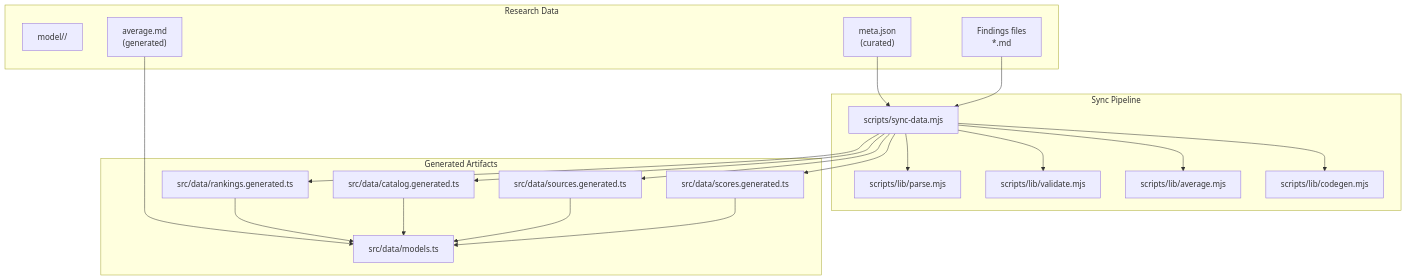
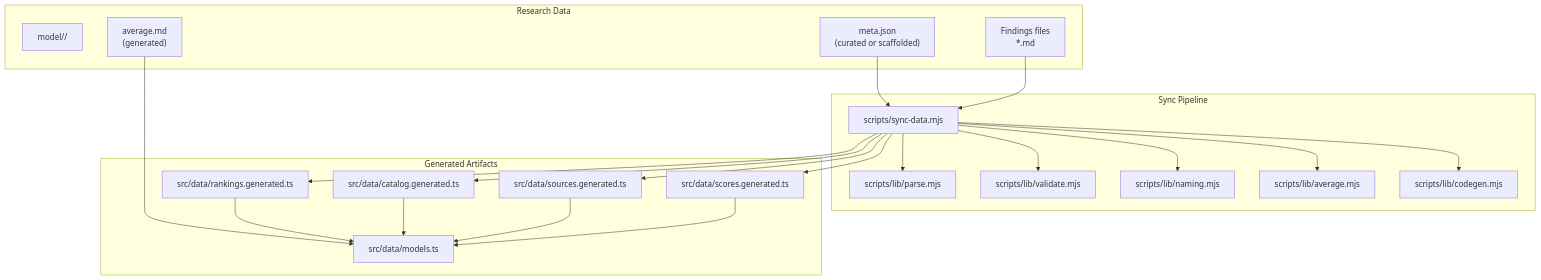
The first of 17 diagrams in .qoder/repowiki/en/content/Data Management System/Data Management System.md (delirium-dj/modelcomp), drawn with Mermaid before and after one commit. The commit also changed other lines of this file and 141 other files, not shown here.

````diff
--- a/.qoder/repowiki/en/content/Data Management System/Data Management System.md
+++ b/.qoder/repowiki/en/content/Data Management System/Data Management System.md
@@ -70,38 +71,40 @@
 ```mermaid
 graph TB
 subgraph "Research Data"
 M["model/<slug>/"]
 F["Findings files<br/>*.md"]
 A["average.md<br/>(generated)"]
-J["meta.json<br/>(curated)"]
+J["meta.json<br/>(curated or scaffolded)"]
 end
 subgraph "Sync Pipeline"
 S["scripts/sync-data.mjs"]
 P["scripts/lib/parse.mjs"]
 V["scripts/lib/validate.mjs"]
+N["scripts/lib/naming.mjs"]
 AV["scripts/lib/average.mjs"]
 CG["scripts/lib/codegen.mjs"]
 end
 subgraph "Generated Artifacts"
 SG["src/data/scores.generated.ts"]
 SS["src/data/sources.generated.ts"]
 SC["src/data/catalog.generated.ts"]
 SR["src/data/rankings.generated.ts"]
 MD["src/data/models.ts"]
 end
 F --> S
 J --> S
 S --> P
 S --> V
+S --> N
 S --> AV
 S --> CG
 S --> SG
 S --> SS
 S --> SC
 S --> SR
 SG --> MD
 SS --> MD
 SC --> MD
 SR --> MD
 A --> MD
 ```
````
